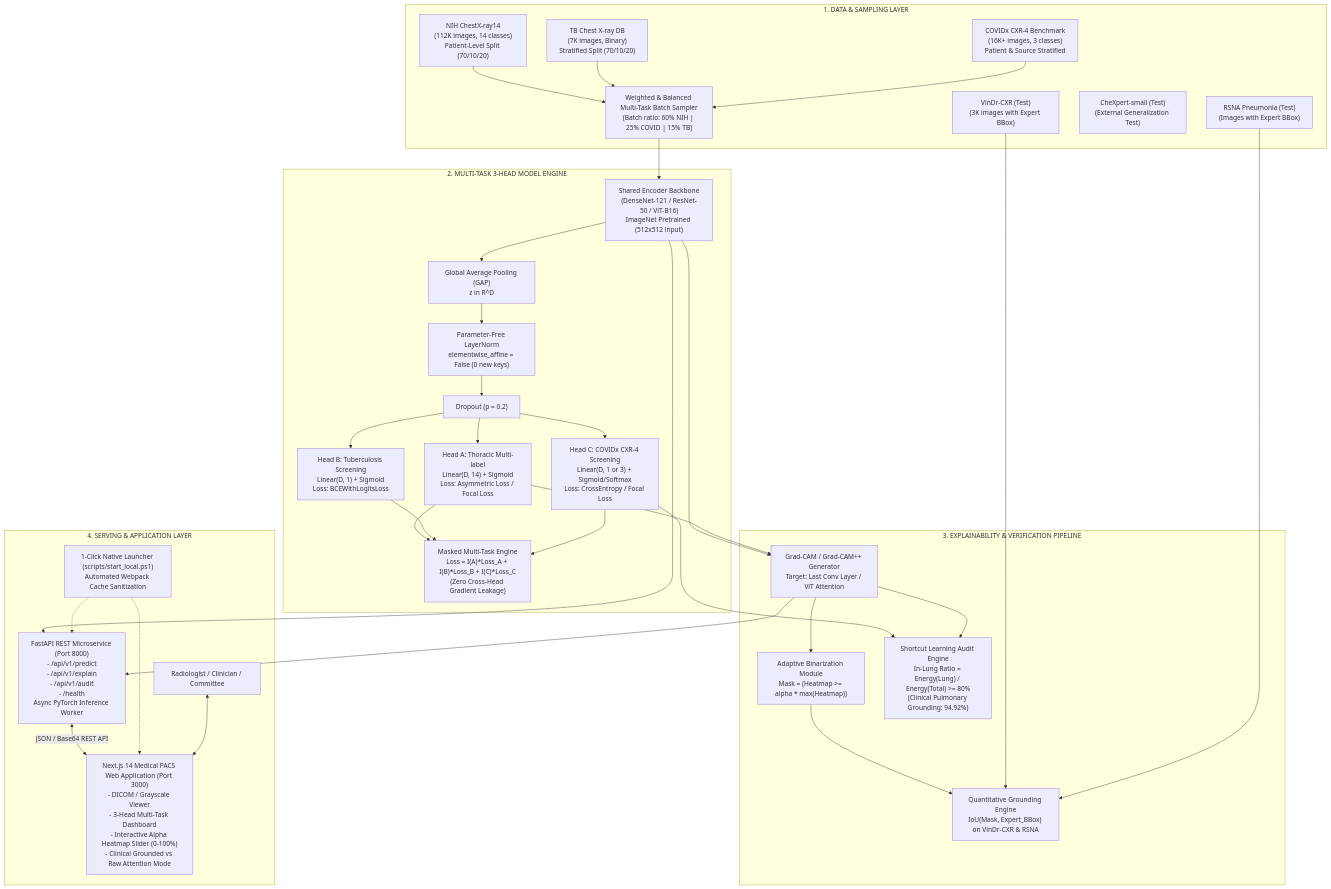
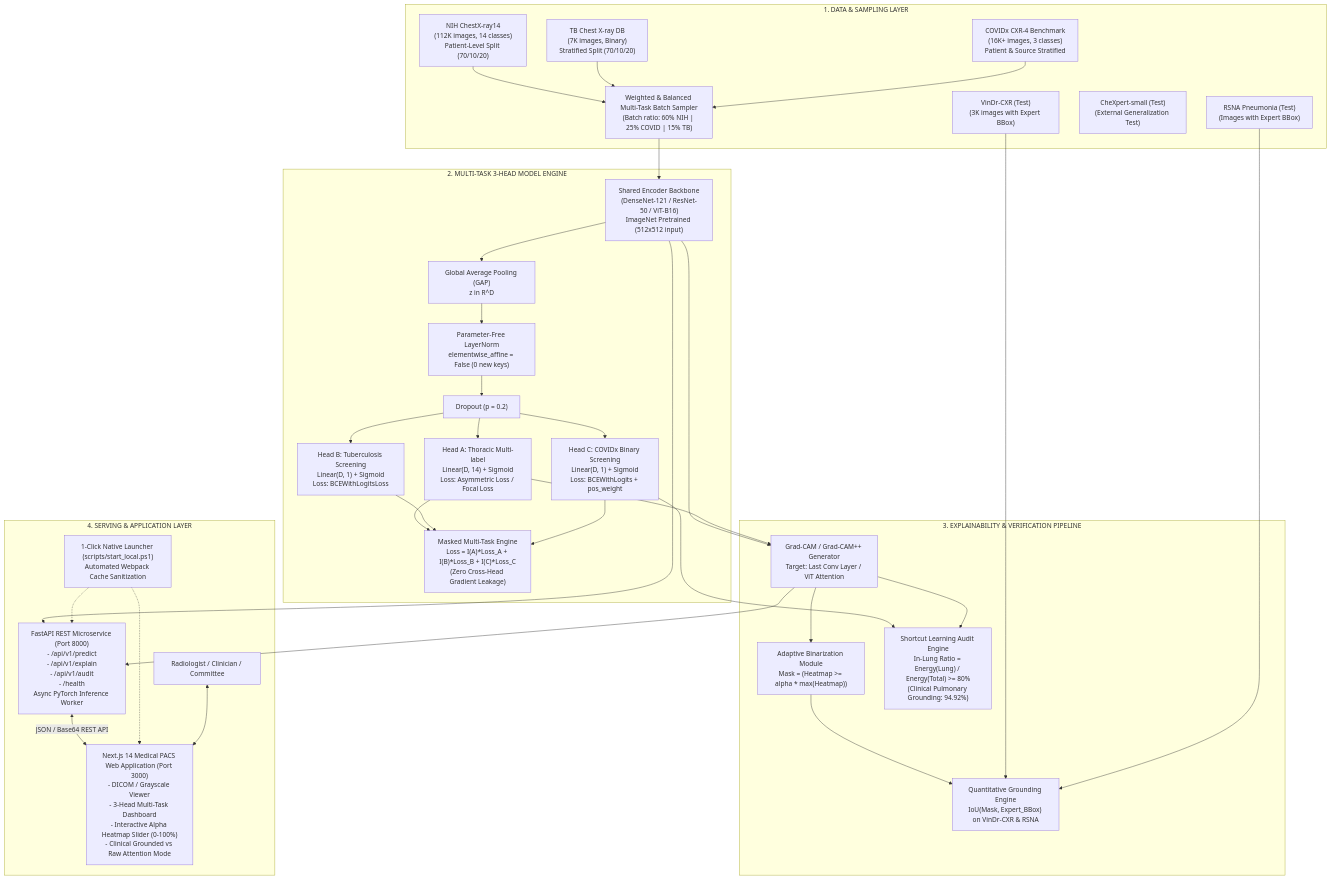
The first of 2 diagrams in TECH_ARCHITECTURE.md (philipsgn/LungRay), drawn with Mermaid before and after one commit. The commit also changed other lines of this file and 107 other files, not shown here.

````diff
--- a/TECH_ARCHITECTURE.md
+++ b/TECH_ARCHITECTURE.md
@@ -36,62 +36,62 @@
 ```mermaid
 flowchart TB
     subgraph DataLayer ["1. DATA & SAMPLING LAYER"]
         D1["NIH ChestX-ray14\n(112K images, 14 classes)\nPatient-Level Split (70/10/20)"]
         D2["TB Chest X-ray DB\n(7K images, Binary)\nStratified Split (70/10/20)"]
         D3["COVIDx CXR-4 Benchmark\n(16K+ images, 3 classes)\nPatient & Source Stratified"]
         D4["VinDr-CXR (Test)\n(3K images with Expert BBox)"]
         D5["RSNA Pneumonia (Test)\n(Images with Expert BBox)"]
         D6["CheXpert-small (Test)\n(External Generalization Test)"]
         
         WBS["Weighted & Balanced Multi-Task Batch Sampler\n(Batch ratio: 60% NIH | 25% COVID | 15% TB)"]
         D1 --> WBS
         D2 --> WBS
         D3 --> WBS
     end
 
     subgraph ModelLayer ["2. MULTI-TASK 3-HEAD MODEL ENGINE"]
         Backbone["Shared Encoder Backbone\n(DenseNet-121 / ResNet-50 / ViT-B16)\nImageNet Pretrained (512x512 input)"]
         GAP["Global Average Pooling (GAP)\nz in R^D"]
         LN["Parameter-Free LayerNorm\nelementwise_affine = False (0 new keys)"]
         Drop["Dropout (p = 0.2)"]
         
         WBS --> Backbone
         Backbone --> GAP --> LN --> Drop
         
         HeadA["Head A: Thoracic Multi-label\nLinear(D, 14) + Sigmoid\nLoss: Asymmetric Loss / Focal Loss"]
         HeadB["Head B: Tuberculosis Screening\nLinear(D, 1) + Sigmoid\nLoss: BCEWithLogitsLoss"]
-        HeadC["Head C: COVIDx CXR-4 Screening\nLinear(D, 1 or 3) + Sigmoid/Softmax\nLoss: CrossEntropy / Focal Loss"]
+        HeadC["Head C: COVIDx Binary Screening\nLinear(D, 1) + Sigmoid\nLoss: BCEWithLogits + pos_weight"]
         
         Drop --> HeadA
         Drop --> HeadB
         Drop --> HeadC
         
         Engine["Masked Multi-Task Engine\nLoss = I(A)*Loss_A + I(B)*Loss_B + I(C)*Loss_C\n(Zero Cross-Head Gradient Leakage)"]
         HeadA --> Engine
         HeadB --> Engine
         HeadC --> Engine
     end
 
     subgraph XAILayer ["3. EXPLAINABILITY & VERIFICATION PIPELINE"]
         CAM["Grad-CAM / Grad-CAM++ Generator\nTarget: Last Conv Layer / ViT Attention"]
         Bin["Adaptive Binarization Module\nMask = (Heatmap >= alpha * max(Heatmap))"]
         IoU["Quantitative Grounding Engine\nIoU(Mask, Expert_BBox) on VinDr-CXR & RSNA"]
         Audit["Shortcut Learning Audit Engine\nIn-Lung Ratio = Energy(Lung) / Energy(Total) >= 80%\n(Clinical Pulmonary Grounding: 94.92%)"]
         
         Backbone & HeadA --> CAM
         CAM --> Bin --> IoU
         D4 & D5 --> IoU
         HeadC & CAM --> Audit
     end
 
     subgraph ServingLayer ["4. SERVING & APPLICATION LAYER"]
         FastAPI["FastAPI REST Microservice (Port 8000)\n- /api/v1/predict\n- /api/v1/explain\n- /api/v1/audit\n- /health\nAsync PyTorch Inference Worker"]
         NextJS["Next.js 14 Medical PACS Web Application (Port 3000)\n- DICOM / Grayscale Viewer\n- 3-Head Multi-Task Dashboard\n- Interactive Alpha Heatmap Slider (0-100%)\n- Clinical Grounded vs Raw Attention Mode"]
         Launcher["1-Click Native Launcher (scripts/start_local.ps1)\nAutomated Webpack Cache Sanitization"]
         
         Backbone & CAM --> FastAPI
         FastAPI <--> |JSON / Base64 REST API| NextJS
         Launcher -.-> FastAPI & NextJS
         User["Radiologist / Clinician / Committee"] <--> NextJS
     end
 ```
````
